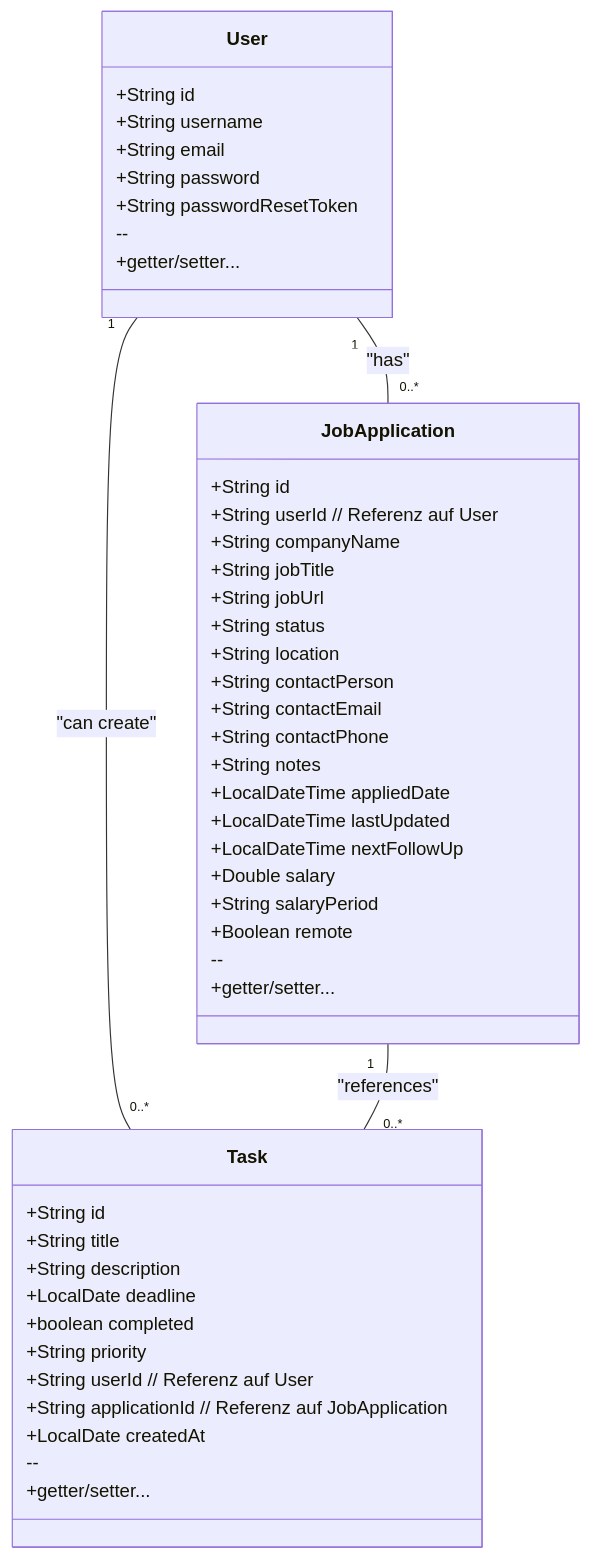
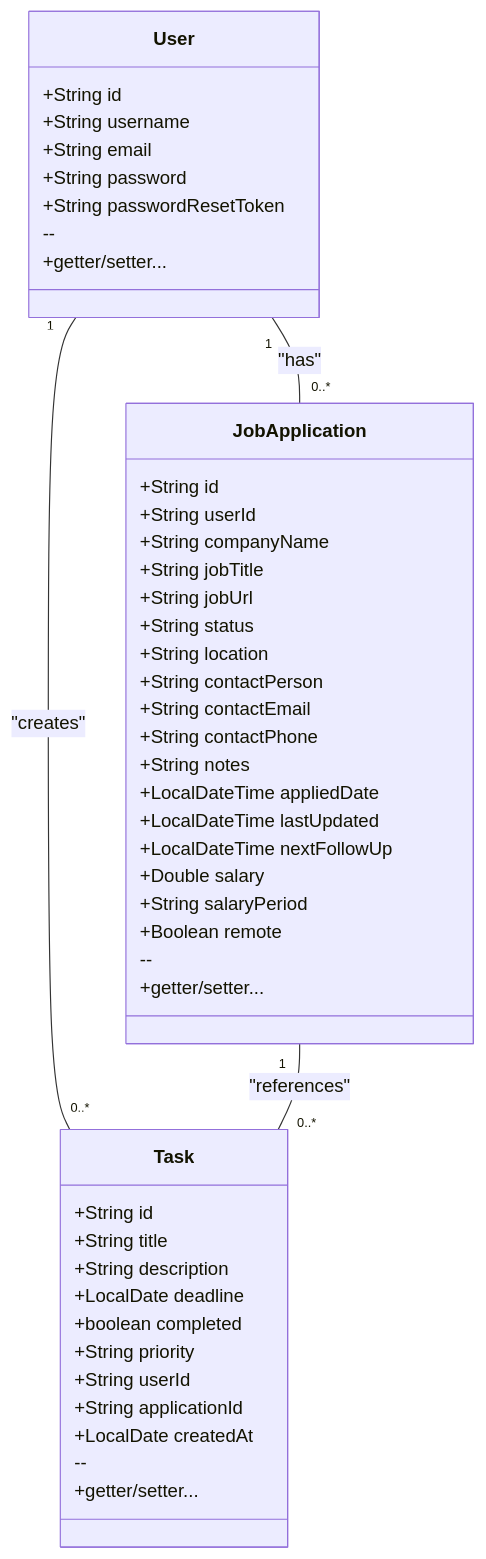
One commit to lyfe691/AppliCare changed the diagram in docs/Dokumentation.md. Above: the diagram before and after it, drawn with Mermaid. The commit also changed other lines of this file and 1 other file, not shown here.

````diff
--- a/docs/Dokumentation.md
+++ b/docs/Dokumentation.md
@@ -107,52 +100,55 @@
 ```mermaid
 classDiagram
+
+    %% Domänenklassen
     class User {
       +String id
       +String username
       +String email
       +String password
       +String passwordResetToken
       --
       +getter/setter...
     }
 
     class JobApplication {
       +String id
-      +String userId // Referenz auf User
+      +String userId
       +String companyName
       +String jobTitle
       +String jobUrl
       +String status
       +String location
       +String contactPerson
       +String contactEmail
       +String contactPhone
       +String notes
       +LocalDateTime appliedDate
       +LocalDateTime lastUpdated
       +LocalDateTime nextFollowUp
       +Double salary
       +String salaryPeriod
       +Boolean remote
       --
       +getter/setter...
     }
 
     class Task {
       +String id
       +String title
       +String description
       +LocalDate deadline
       +boolean completed
       +String priority
-      +String userId // Referenz auf User
-      +String applicationId // Referenz auf JobApplication
+      +String userId
+      +String applicationId
       +LocalDate createdAt
       --
       +getter/setter...
     }
 
+    %% Beziehungen
     User "1" -- "0..*" JobApplication : "has"
-    User "1" -- "0..*" Task : "can create"
+    User "1" -- "0..*" Task : "creates"
     JobApplication "1" -- "0..*" Task : "references"
 ```
````
